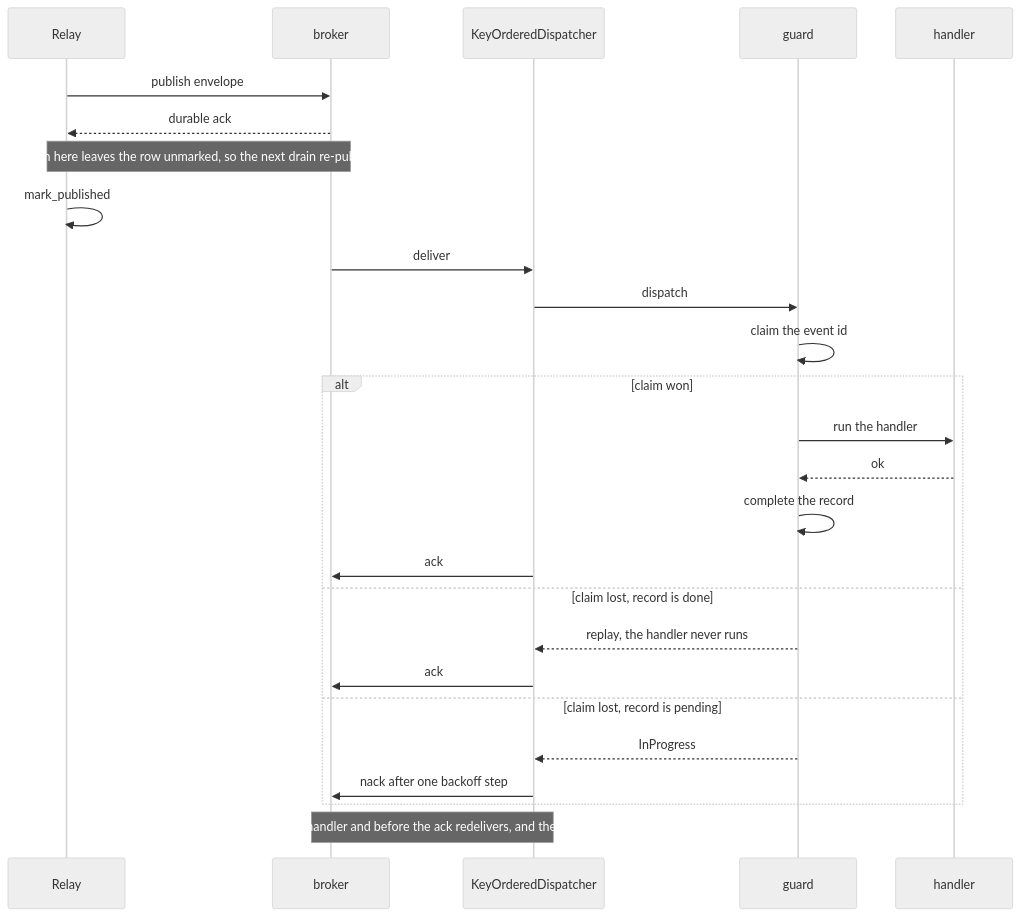
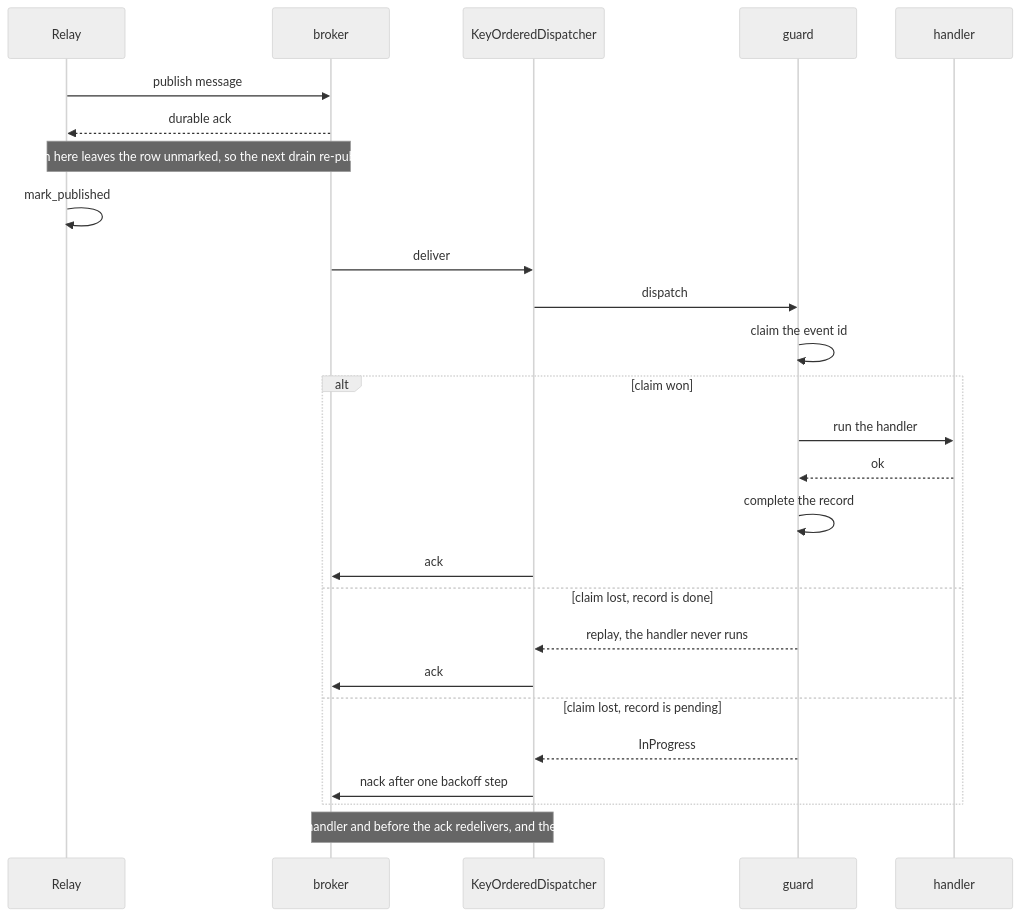
Before and after one commit to haskian/edax: the third of 3 diagrams in docs/guides/delivery-guarantees.md, drawn with Mermaid (neutral theme). The commit also changed other lines of this file and 175 other files, not shown here.

````diff
--- a/docs/guides/delivery-guarantees.md
+++ b/docs/guides/delivery-guarantees.md
@@ -143,29 +146,29 @@
 ```mermaid
 sequenceDiagram
     participant R as Relay
     participant B as broker
     participant D as KeyOrderedDispatcher
     participant G as guard
     participant H as handler
 
-    R->>B: publish envelope
+    R->>B: publish message
     B-->>R: durable ack
     Note over R,B: a crash here leaves the row unmarked, so the next drain re-publishes
     R->>R: mark_published
     B->>D: deliver
     D->>G: dispatch
     G->>G: claim the event id
     alt claim won
         G->>H: run the handler
         H-->>G: ok
         G->>G: complete the record
         D->>B: ack
     else claim lost, record is done
         G-->>D: replay, the handler never runs
         D->>B: ack
     else claim lost, record is pending
         G-->>D: InProgress
         D->>B: nack after one backoff step
     end
     Note over D,B: a crash after the handler and before the ack redelivers, and the record catches it
 ```
````
